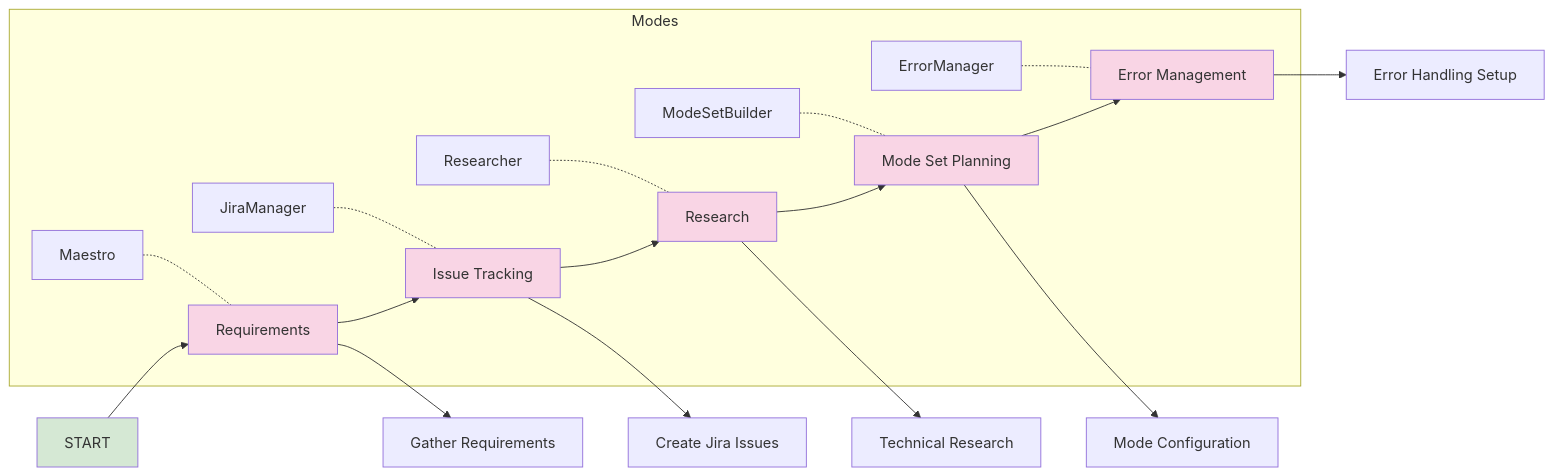
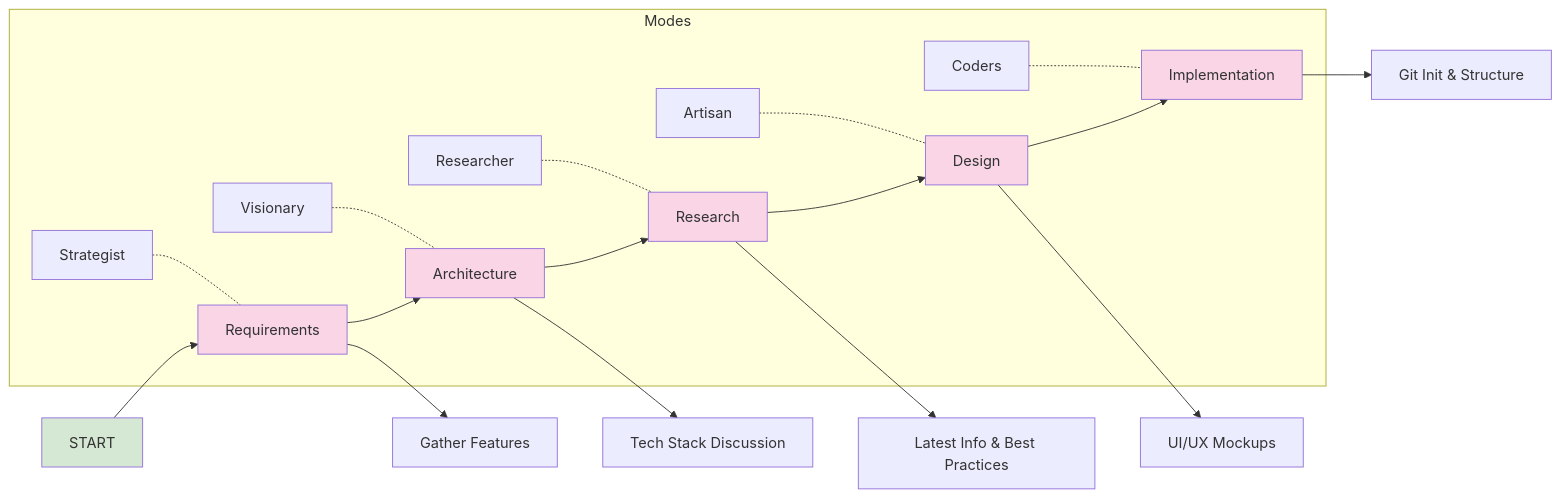
Before and after one commit to jigza/maestro: the third of 8 diagrams in custom-sets/core-agent/Maestro-mode.md, drawn with Mermaid. The commit also changed other lines of this file and 24 other files, not shown here.

````diff
--- a/custom-sets/core-agent/Maestro-mode.md
+++ b/custom-sets/core-agent/Maestro-mode.md
@@ -92,29 +116,29 @@
 ```mermaid
 graph LR
     A[START] --> B[Requirements]
-    B --> C[Issue Tracking]
+    B --> C[Architecture]
     C --> D[Research]
-    D --> E[Mode Set Planning]
-    E --> F[Error Management]
+    D --> E[Design]
+    E --> F[Implementation]
     
-    B --> B1[Gather Requirements]
-    C --> C1[Create Jira Issues]
-    D --> D1[Technical Research]
-    E --> E1[Mode Configuration]
-    F --> F1[Error Handling Setup]
+    B --> B1[Gather Features]
+    C --> C1[Tech Stack Discussion]
+    D --> D1[Latest Info & Best Practices]
+    E --> E1[UI/UX Mockups]
+    F --> F1[Git Init & Structure]
     
     subgraph Modes
-    B2[Maestro] -.- B
-    C2[JiraManager] -.- C
+    B2[Strategist] -.- B
+    C2[Visionary] -.- C
     D2[Researcher] -.- D
-    E2[ModeSetBuilder] -.- E
-    F2[ErrorManager] -.- F
+    E2[Artisan] -.- E
+    F2[Coders] -.- F
     end
     
     style A fill:#d5e8d4
     style B fill:#f9d5e5
     style C fill:#f9d5e5
     style D fill:#f9d5e5
     style E fill:#f9d5e5
     style F fill:#f9d5e5
 ```
````
